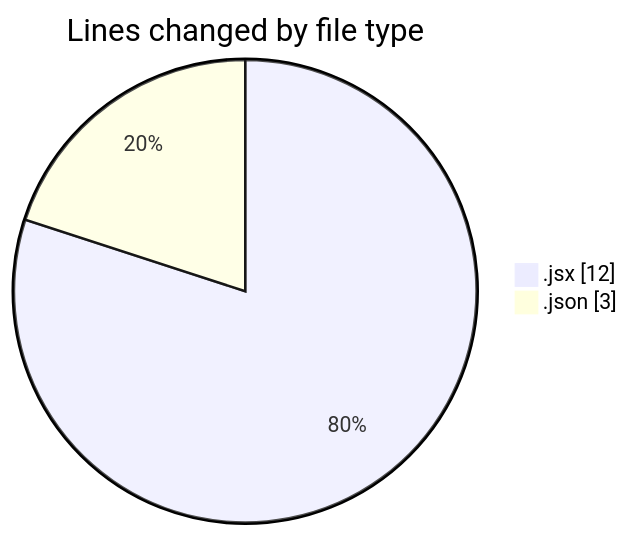
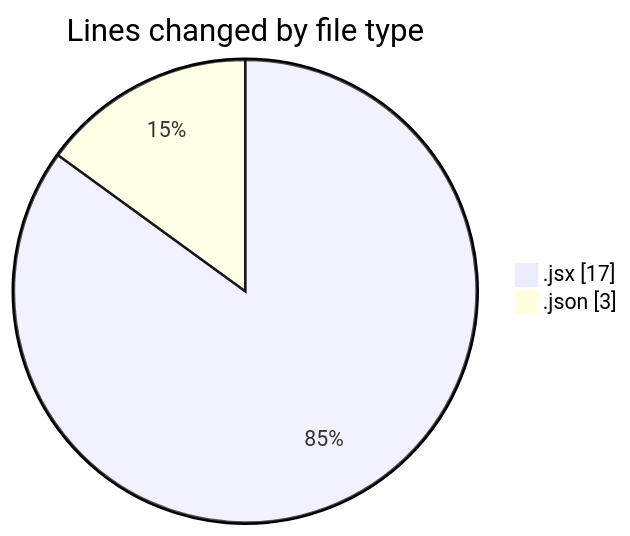
Before and after one commit to Elitesun/code-tracking: the first of 2 diagrams in 2025-01-24/react/README.md, drawn with Mermaid. The commit also changed other lines of this file and 1 other file, not shown here.

````diff
--- a/2025-01-24/react/README.md
+++ b/2025-01-24/react/README.md
@@ -21,6 +21,6 @@
 ```mermaid
 pie showData
 title Lines changed by file type
-".jsx" : 12
+".jsx" : 17
 ".json" : 3
 ```
````
